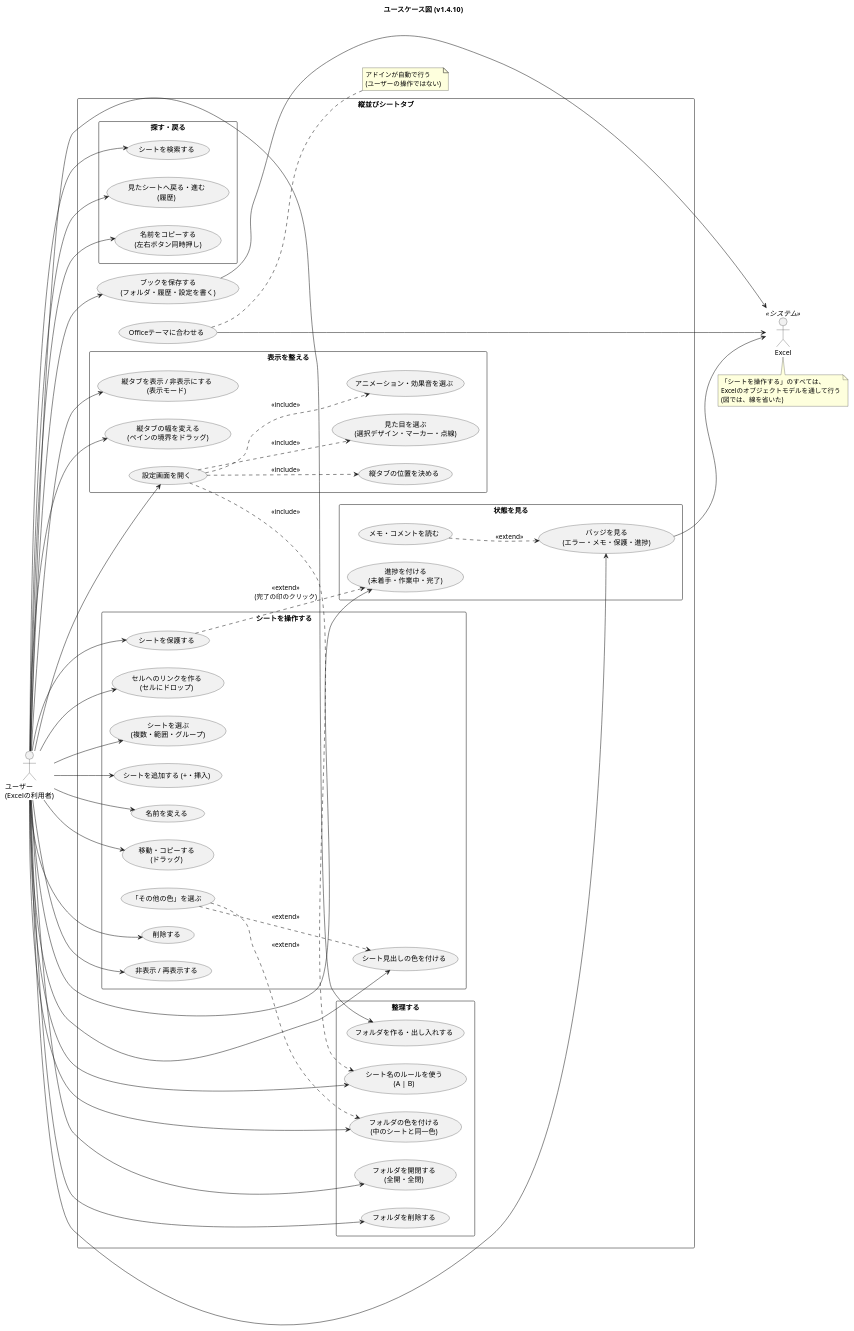
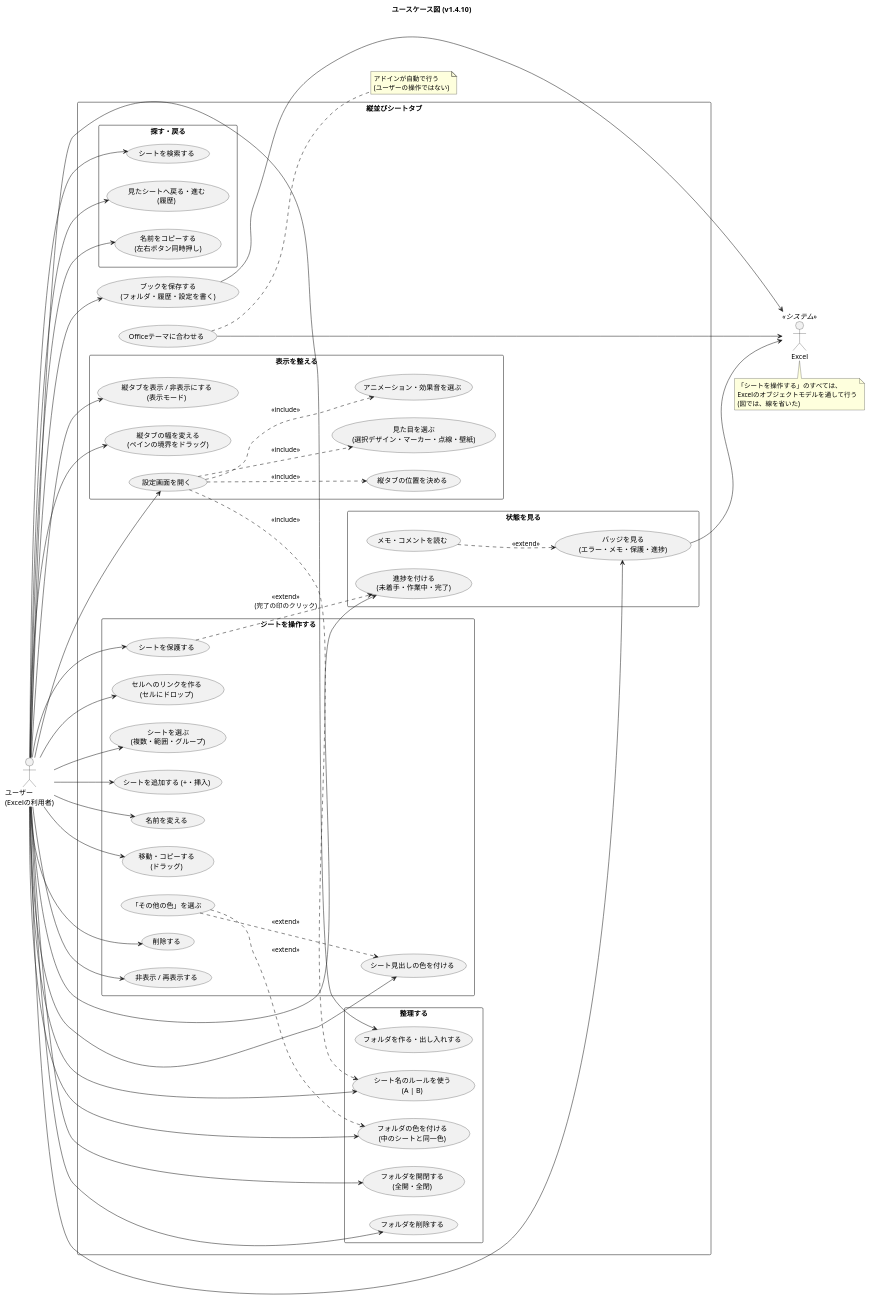
Before and after one commit to nk-taka623/VerticalSheetTabs: the diagram in docs/usecase.puml, drawn with PlantUML. The commit also changed 13 other files, not shown here.

Commit message:
壁紙の機能を、Agents.md、README、DEVELOPMENT.md、設計図に反映する

```diff
--- a/docs/usecase.puml
+++ b/docs/usecase.puml
@@ -1,105 +1,105 @@
 @startuml
 title ユースケース図 (v1.4.10)
 left to right direction
 skinparam shadowing false
 skinparam packageStyle rectangle
 
 actor "ユーザー\n(Excelの利用者)" as U
 actor "Excel" as XL <<システム>>
 
 rectangle "縦並びシートタブ" {
 
   package "シートを操作する" {
     usecase "シートを選ぶ\n(複数・範囲・グループ)" as UC_SEL
     usecase "シートを追加する (+・挿入)" as UC_ADD
     usecase "名前を変える" as UC_REN
     usecase "移動・コピーする\n(ドラッグ)" as UC_MOVE
     usecase "削除する" as UC_DEL
     usecase "非表示 / 再表示する" as UC_HIDE
     usecase "シート見出しの色を付ける" as UC_COLOR
     usecase "「その他の色」を選ぶ" as UC_MORE
     usecase "シートを保護する" as UC_PROT
     usecase "セルへのリンクを作る\n(セルにドロップ)" as UC_LINK
   }
 
   package "整理する" {
     usecase "フォルダを作る・出し入れする" as UC_FOLDER
     usecase "フォルダを開閉する\n(全開・全閉)" as UC_TOGGLE
     usecase "フォルダの色を付ける\n(中のシートと同一色)" as UC_FCOLOR
     usecase "フォルダを削除する" as UC_FDEL
     usecase "シート名のルールを使う\n(A | B)" as UC_RULE
   }
 
   package "探す・戻る" {
     usecase "シートを検索する" as UC_SEARCH
     usecase "見たシートへ戻る・進む\n(履歴)" as UC_HIST
     usecase "名前をコピーする\n(左右ボタン同時押し)" as UC_COPY
   }
 
   package "状態を見る" {
     usecase "バッジを見る\n(エラー・メモ・保護・進捗)" as UC_BADGE
     usecase "メモ・コメントを読む" as UC_MEMO
     usecase "進捗を付ける\n(未着手・作業中・完了)" as UC_PROG
   }
 
   package "表示を整える" {
     usecase "縦タブを表示 / 非表示にする\n(表示モード)" as UC_MODE
     usecase "縦タブの位置を決める" as UC_SIDE
     usecase "縦タブの幅を変える\n(ペインの境界をドラッグ)" as UC_WIDTH
     usecase "設定画面を開く" as UC_SET
-    usecase "見た目を選ぶ\n(選択デザイン・マーカー・点線)" as UC_LOOK
+    usecase "見た目を選ぶ\n(選択デザイン・マーカー・点線・壁紙)" as UC_LOOK
     usecase "アニメーション・効果音を選ぶ" as UC_ANIM
   }
 
   usecase "ブックを保存する\n(フォルダ・履歴・設定を書く)" as UC_SAVE
   usecase "Officeテーマに合わせる" as UC_THEME
 }
 
 U --> UC_SEL
 U --> UC_ADD
 U --> UC_REN
 U --> UC_MOVE
 U --> UC_DEL
 U --> UC_HIDE
 U --> UC_COLOR
 U --> UC_PROT
 U --> UC_LINK
 U --> UC_FOLDER
 U --> UC_TOGGLE
 U --> UC_FCOLOR
 U --> UC_FDEL
 U --> UC_RULE
 U --> UC_SEARCH
 U --> UC_HIST
 U --> UC_COPY
 U --> UC_BADGE
 U --> UC_PROG
 U --> UC_MODE
 U --> UC_WIDTH
 U --> UC_SET
 U --> UC_SAVE
 
 UC_MORE ..> UC_COLOR : <<extend>>
 UC_MORE ..> UC_FCOLOR : <<extend>>
 UC_MEMO ..> UC_BADGE : <<extend>>
 UC_PROT ..> UC_PROG : <<extend>>\n(完了の印のクリック)
 UC_SET ..> UC_SIDE : <<include>>
 UC_SET ..> UC_LOOK : <<include>>
 UC_SET ..> UC_ANIM : <<include>>
 UC_SET ..> UC_RULE : <<include>>
 
 UC_SAVE --> XL
 UC_THEME --> XL
 UC_BADGE --> XL
 
 note bottom of XL
   「シートを操作する」のすべては、
   Excelのオブジェクトモデルを通して行う
   (図では、線を省いた)
 end note
 
 note right of UC_THEME
   アドインが自動で行う
   (ユーザーの操作ではない)
 end note
 @enduml
```
